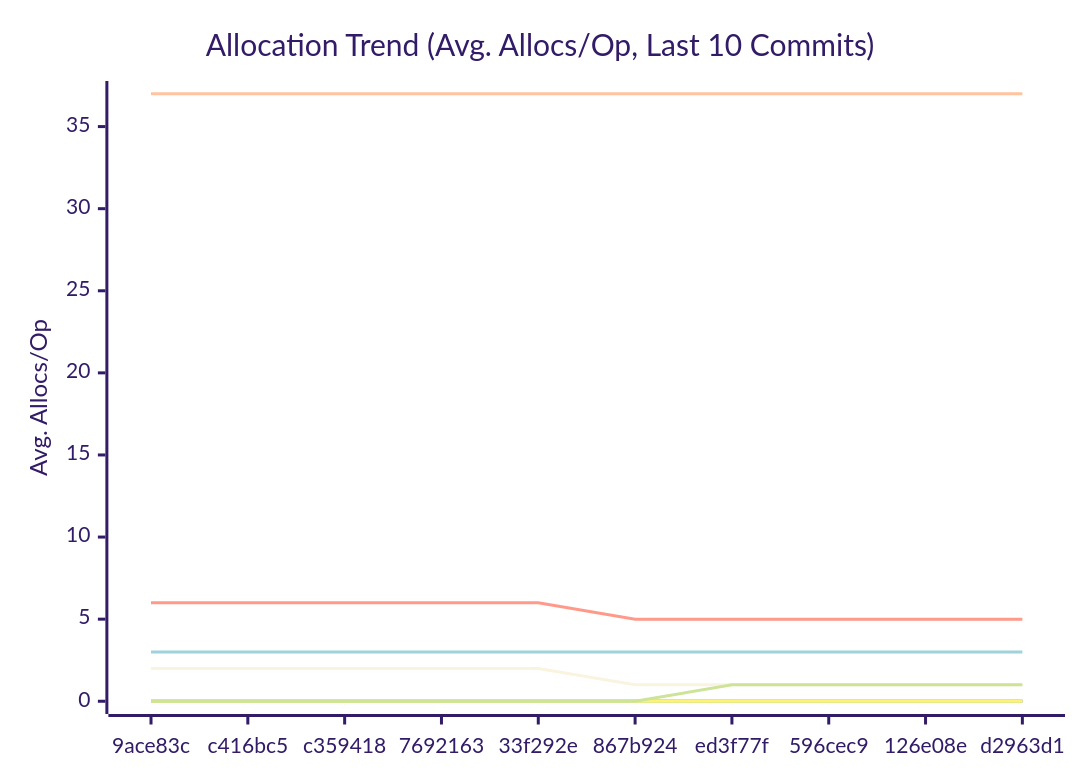
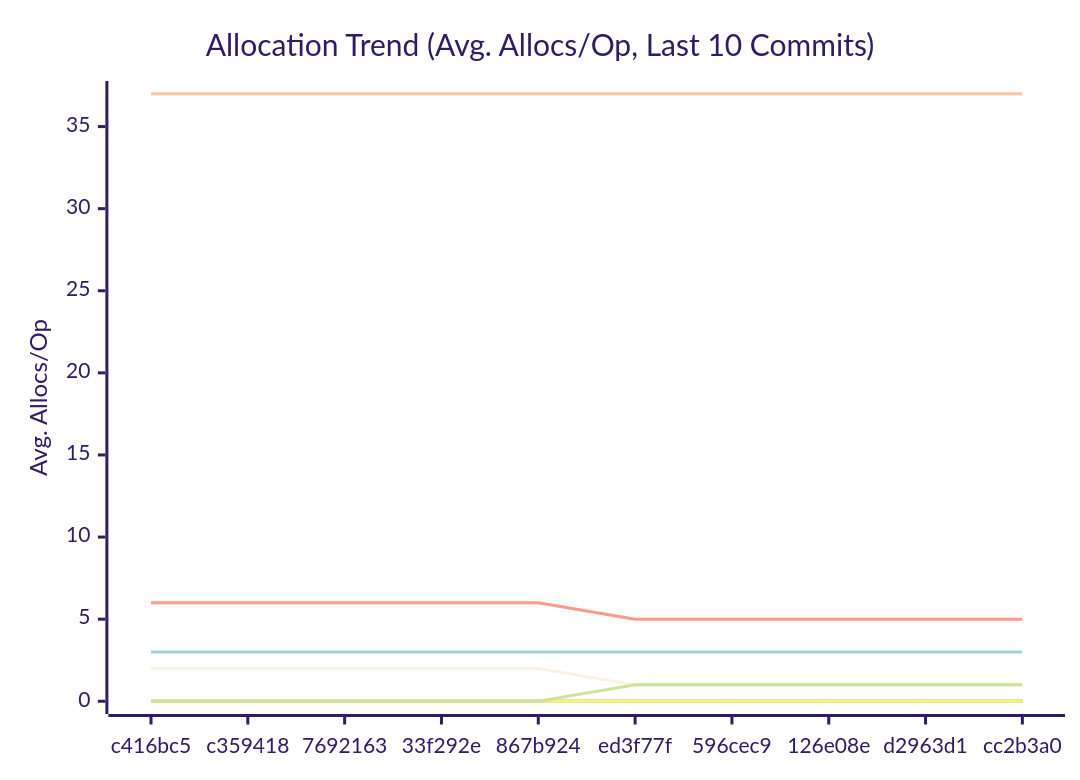
Before and after one commit to alsotoes/momo: the third of 3 diagrams in docs/PERFORMANCE.md, drawn with Mermaid (forest theme). The commit also changed other lines of this file and 2 other files, not shown here.

````diff
--- a/docs/PERFORMANCE.md
+++ b/docs/PERFORMANCE.md
@@ -176,18 +176,18 @@
 ```mermaid
 xychart-beta
     title "Allocation Trend (Avg. Allocs/Op, Last 10 Commits)"
     x-axis "Commit"
     y-axis "Avg. Allocs/Op"
-    x-axis [9ace83c,c416bc5,c359418,7692163,33f292e,867b924,ed3f77f,596cec9,126e08e,d2963d1]
+    x-axis [c416bc5,c359418,7692163,33f292e,867b924,ed3f77f,596cec9,126e08e,d2963d1,cc2b3a0]
     line "CheckMetricsAndSwap" [0,0,0,0,0,0,0,0,0,0]
     line "CrushOptimized" [0,0,0,0,0,0,0,0,0,0]
     line "CrushOriginal" [3,3,3,3,3,3,3,3,3,3]
     line "IndexDirectTracking" [0,0,0,0,0,0,0,0,0,0]
     line "IndexSearch" [0,0,0,0,0,0,0,0,0,0]
     line "LoadGlobalConfig" [37,37,37,37,37,37,37,37,37,37]
     line "PadString" [0,0,0,0,0,0,0,0,0,0]
     line "ParseReplicationOrder_NoPrealloc" [6,6,6,6,6,5,5,5,5,5]
     line "ParseReplicationOrder_Prealloc" [2,2,2,2,2,1,1,1,1,1]
     line "SanitizeLog/Safe" [0,0,0,0,0,0,0,0,0,0]
-    line "SanitizeLog/Unsafe" [0,0,0,0,0,0,1,1,1,1]
+    line "SanitizeLog/Unsafe" [0,0,0,0,0,1,1,1,1,1]
 ```
````
